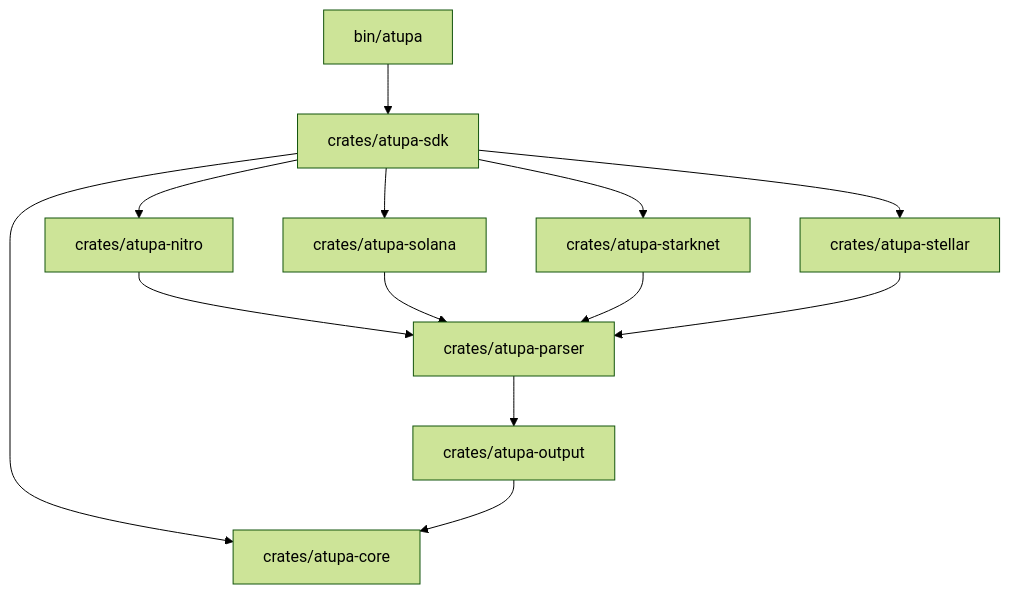
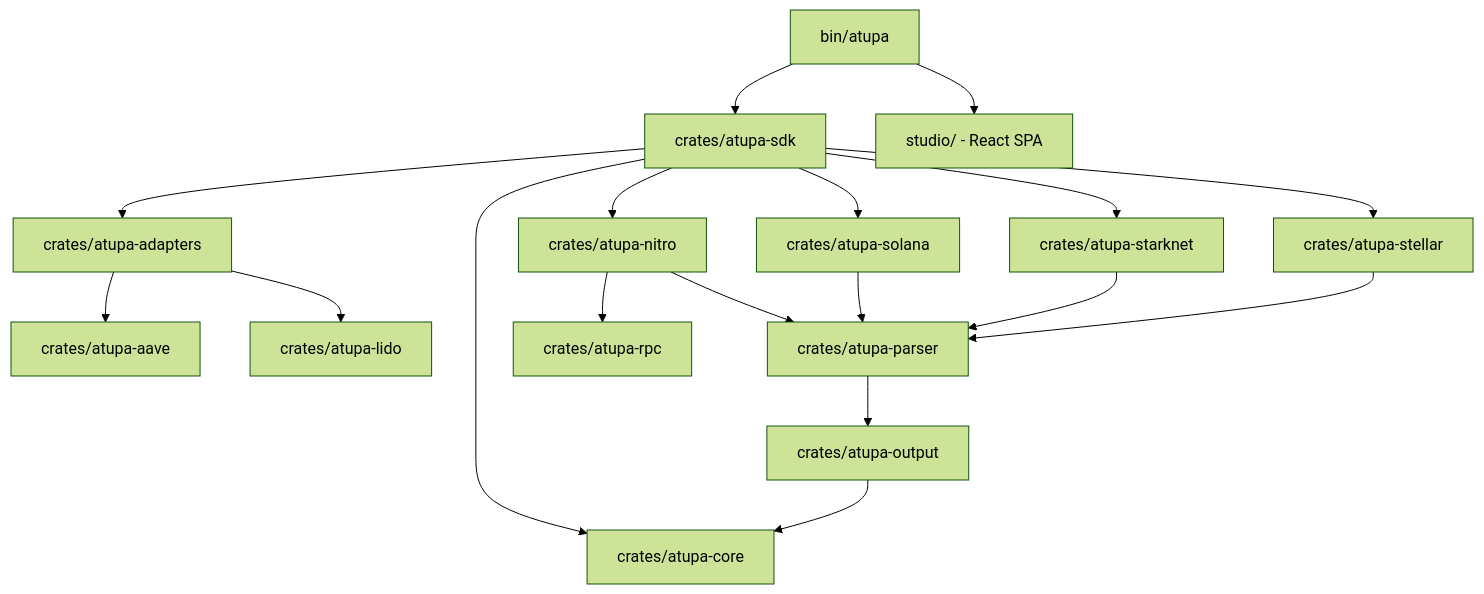
Before and after one commit to intelliDean/Atupa: the diagram in ARCHITECTURE.md, drawn with Mermaid (forest theme). The commit also changed other lines of this file and 3 other files, not shown here.

Commit message:
docs: update README, system architecture, testing guide, and adapter guide

````diff
--- a/ARCHITECTURE.md
+++ b/ARCHITECTURE.md
@@ -58,17 +67,25 @@
 ```mermaid
 graph TD
     CLI[bin/atupa] --> SDK[crates/atupa-sdk]
+    CLI --> Studio[studio/ - React SPA]
+    
     SDK --> Core[crates/atupa-core]
     SDK --> Nitro[crates/atupa-nitro]
     SDK --> Solana[crates/atupa-solana]
     SDK --> Starknet[crates/atupa-starknet]
     SDK --> Stellar[crates/atupa-stellar]
+    SDK --> Adapters[crates/atupa-adapters]
+    
+    Adapters --> Aave[crates/atupa-aave]
+    Adapters --> Lido[crates/atupa-lido]
     
     Nitro --> Parser[crates/atupa-parser]
     Solana --> Parser
     Starknet --> Parser
     Stellar --> Parser
     
     Parser --> Output[crates/atupa-output]
     Output --> Core
+    
+    Nitro --> RPC[crates/atupa-rpc]
 ```
````
